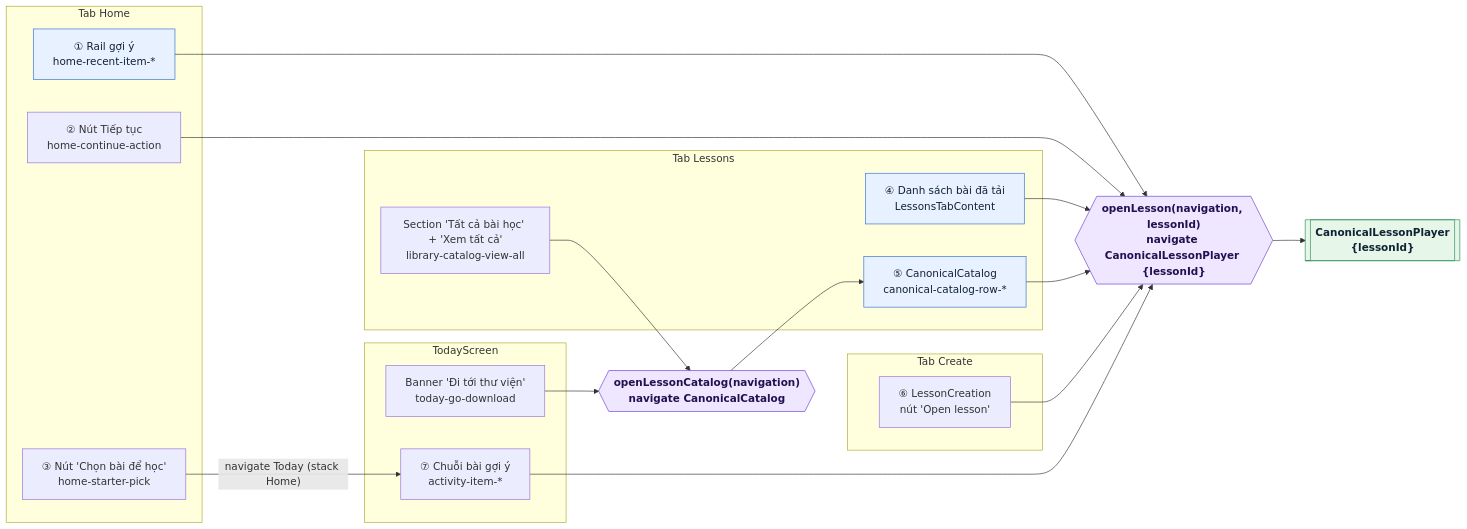
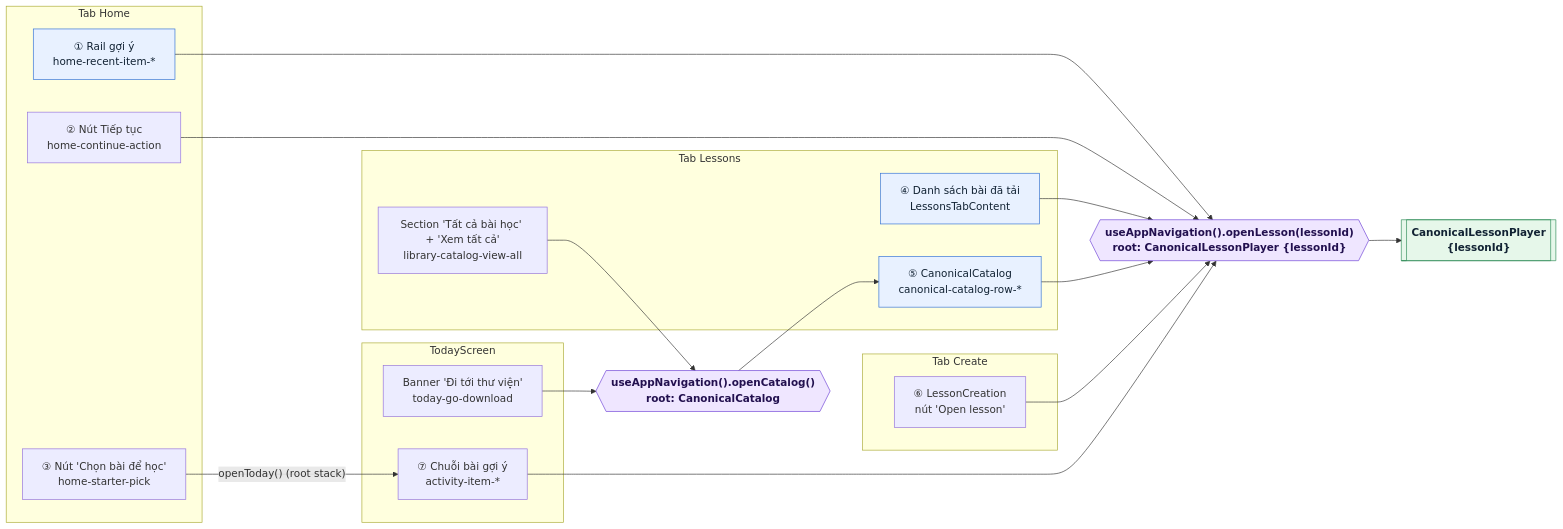
Before and after one commit to hnhatr/LingoBites-App: the first of 2 diagrams in docs/architecture/lesson-entry-points.md, drawn with Mermaid. The commit also changed other lines of this file and 67 other files, not shown here.

````diff
--- a/docs/architecture/lesson-entry-points.md
+++ b/docs/architecture/lesson-entry-points.md
@@ -30,43 +31,43 @@
 ```mermaid
 flowchart LR
   classDef player fill:#e6f7ea,stroke:#2e8b57,color:#123,font-weight:bold
   classDef helper fill:#efe6ff,stroke:#6b3fd6,color:#22104f,font-weight:bold
   classDef list fill:#e8f1ff,stroke:#2f6fd6,color:#123
 
   subgraph Home["Tab Home"]
     H1["① Rail gợi ý<br/>home-recent-item-*"]:::list
     H2["② Nút Tiếp tục<br/>home-continue-action"]
     H3["③ Nút 'Chọn bài để học'<br/>home-starter-pick"]
   end
 
   subgraph Lessons["Tab Lessons"]
     L1["④ Danh sách bài đã tải<br/>LessonsTabContent"]:::list
     L0["Section 'Tất cả bài học' + 'Xem tất cả'<br/>library-catalog-view-all"]
     CAT["⑤ CanonicalCatalog<br/>canonical-catalog-row-*"]:::list
   end
 
   subgraph Create["Tab Create"]
     CR["⑥ LessonCreation<br/>nút 'Open lesson'"]
   end
 
   subgraph TodayS["TodayScreen"]
     T7["⑦ Chuỗi bài gợi ý<br/>activity-item-*"]
     TLib["Banner 'Đi tới thư viện'<br/>today-go-download"]
   end
 
-  OL{{"openLesson(navigation, lessonId)<br/>navigate CanonicalLessonPlayer {lessonId}"}}:::helper
-  OLC{{"openLessonCatalog(navigation)<br/>navigate CanonicalCatalog"}}:::helper
+  OL{{"useAppNavigation().openLesson(lessonId)<br/>root: CanonicalLessonPlayer {lessonId}"}}:::helper
+  OLC{{"useAppNavigation().openCatalog()<br/>root: CanonicalCatalog"}}:::helper
   P[["CanonicalLessonPlayer<br/>{lessonId}"]]:::player
 
   H1 --> OL
   H2 --> OL
-  H3 -->|"navigate Today (stack Home)"| T7
+  H3 -->|"openToday() (root stack)"| T7
   L1 --> OL
   CAT --> OL
   CR --> OL
   T7 --> OL
   L0 --> OLC
   TLib --> OLC
   OLC --> CAT
   OL --> P
 ```
````
